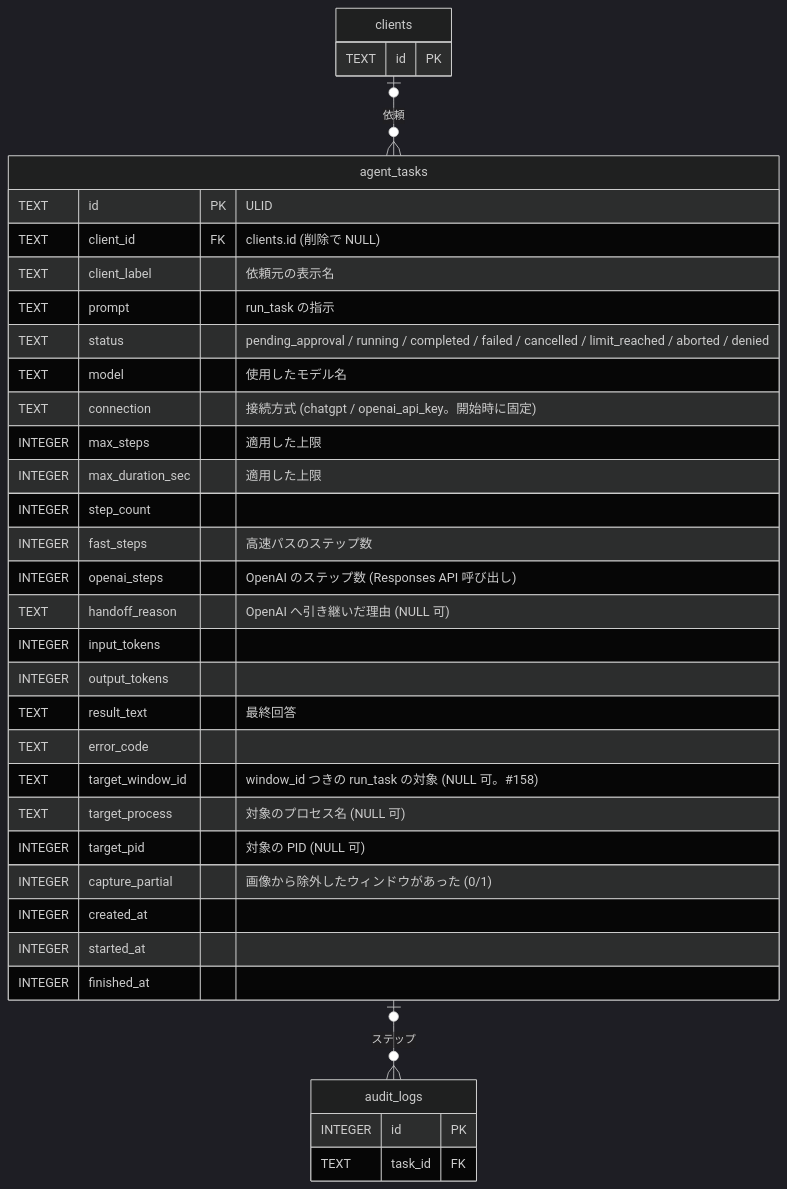
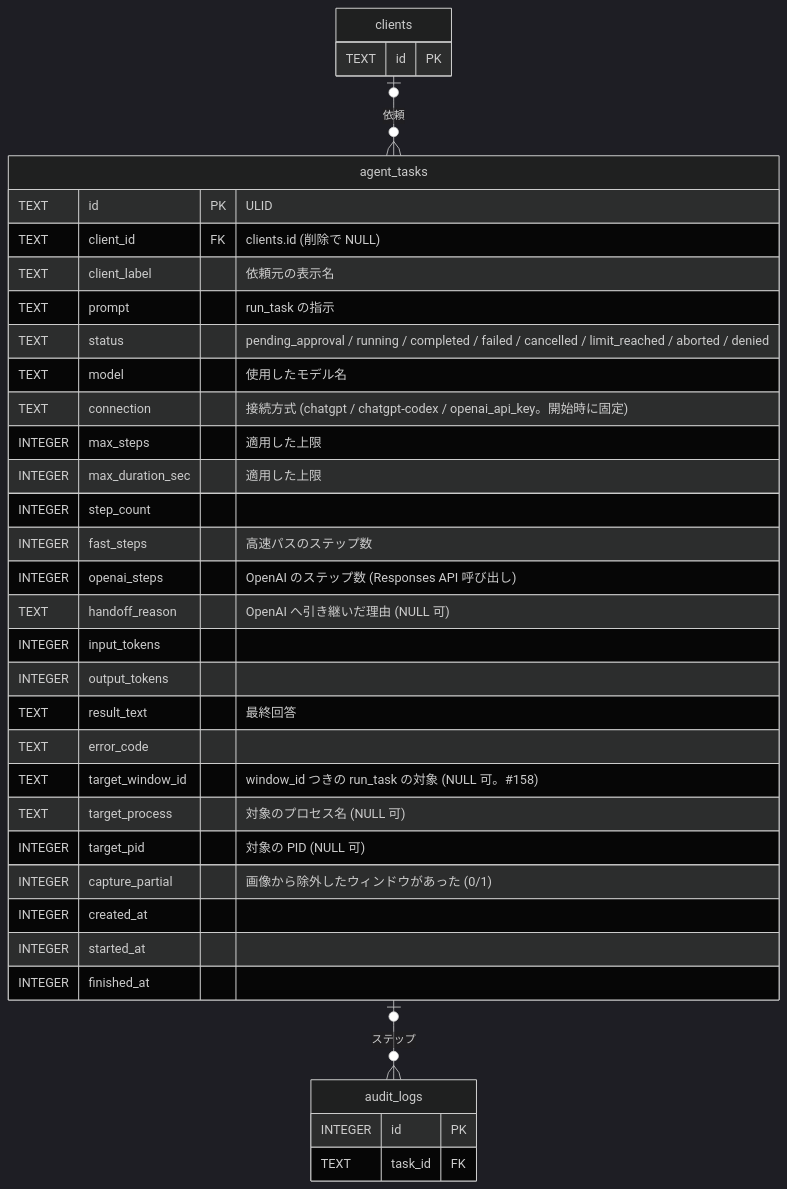
Before and after one commit to ousiassllc/puppet-remo: the eighth of 10 diagrams in docs/architecture/er.md, drawn with Mermaid (dark theme). The commit also changed other lines of this file and 7 other files, not shown here.

Commit message:
docs: Codex 経路（chatgpt-codex）と公式経路の決定（ポート・トークン分割保存・ポリシー拒否）を仕様に反映 (#247)

````diff
--- a/docs/architecture/er.md
+++ b/docs/architecture/er.md
@@ -341,38 +342,38 @@
 ```mermaid
 erDiagram
     agent_tasks {
         TEXT id PK "ULID"
         TEXT client_id FK "clients.id (削除で NULL)"
         TEXT client_label "依頼元の表示名"
         TEXT prompt "run_task の指示"
         TEXT status "pending_approval / running / completed / failed / cancelled / limit_reached / aborted / denied"
         TEXT model "使用したモデル名"
-        TEXT connection "接続方式 (chatgpt / openai_api_key。開始時に固定)"
+        TEXT connection "接続方式 (chatgpt / chatgpt-codex / openai_api_key。開始時に固定)"
         INTEGER max_steps "適用した上限"
         INTEGER max_duration_sec "適用した上限"
         INTEGER step_count
         INTEGER fast_steps "高速パスのステップ数"
         INTEGER openai_steps "OpenAI のステップ数 (Responses API 呼び出し)"
         TEXT handoff_reason "OpenAI へ引き継いだ理由 (NULL 可)"
         INTEGER input_tokens
         INTEGER output_tokens
         TEXT result_text "最終回答"
         TEXT error_code
         TEXT target_window_id "window_id つきの run_task の対象 (NULL 可。#158)"
         TEXT target_process "対象のプロセス名 (NULL 可)"
         INTEGER target_pid "対象の PID (NULL 可)"
         INTEGER capture_partial "画像から除外したウィンドウがあった (0/1)"
         INTEGER created_at
         INTEGER started_at
         INTEGER finished_at
     }
     clients {
         TEXT id PK
     }
     audit_logs {
         INTEGER id PK
         TEXT task_id FK
     }
     clients |o--o{ agent_tasks : "依頼"
     agent_tasks |o--o{ audit_logs : "ステップ"
 ```
````
